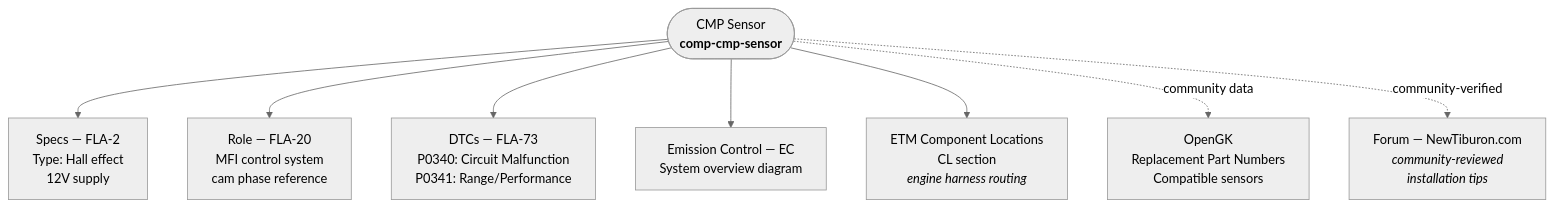
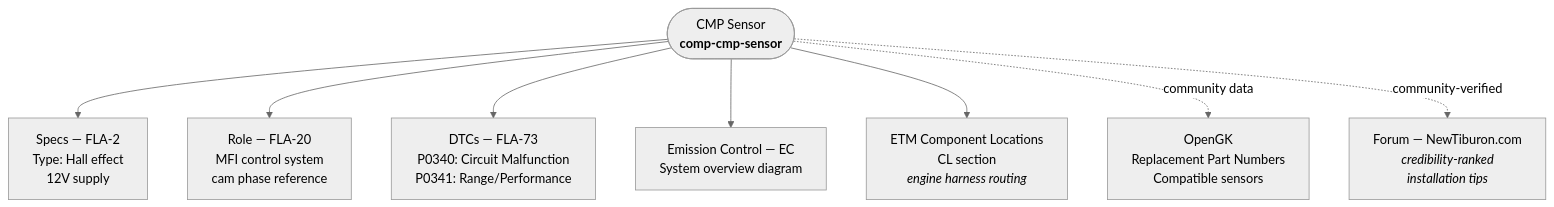
One commit to JF245-tb/tiburon-gk-knowledgebase changed the third of 3 diagrams in Knowledgebase/common/diagrams/cam-sensor.md. Above: the diagram before and after it, drawn with Mermaid (neutral theme). The commit also changed 10 other files, not shown here.

````diff
--- a/Knowledgebase/common/diagrams/cam-sensor.md
+++ b/Knowledgebase/common/diagrams/cam-sensor.md
@@ -59,27 +59,27 @@
 ```mermaid
 flowchart TD
     CMP_NODE(["CMP Sensor<br/><b>comp-cmp-sensor</b>"])
 
     SPEC["Specs — FLA-2<br/>Type: Hall effect<br/>12V supply"]
     MFI["Role — FLA-20<br/>MFI control system<br/>cam phase reference"]
     DTC["DTCs — FLA-73<br/>P0340: Circuit Malfunction<br/>P0341: Range/Performance"]
     EC_SYS["Emission Control — EC<br/>System overview diagram"]
     ETM_LOC["ETM Component Locations<br/>CL section<br/><i>engine harness routing</i>"]
     OPENGK["OpenGK<br/>Replacement Part Numbers<br/>Compatible sensors"]
-    FORUM["Forum — NewTiburon.com<br/><i>community-reviewed<br/>installation tips</i>"]
+    FORUM["Forum — NewTiburon.com<br/><i>credibility-ranked<br/>installation tips</i>"]
 
     CMP_NODE --> SPEC
     CMP_NODE --> MFI
     CMP_NODE --> DTC
     CMP_NODE --> EC_SYS
     CMP_NODE --> ETM_LOC
     CMP_NODE -.->|"community data"| OPENGK
     CMP_NODE -.->|"community-verified"| FORUM
 
     click SPEC "../../common/shop-manual/fuel-system.md" "FLA-2 sensor specifications"
     click MFI "../../common/shop-manual/fuel-system.md" "FLA-20 MFI control system"
     click DTC "../../common/shop-manual/fuel-system.md" "FLA-73 DTC P0340"
     click EC_SYS "../../common/shop-manual/emission-control-system.md" "EC chapter"
     click ETM_LOC "../../common/electrical-manual/component-locations.md" "ETM CL section"
     click OPENGK "../../common/opengk/sensor-information.md" "OpenGK sensor info"
 ```
````
